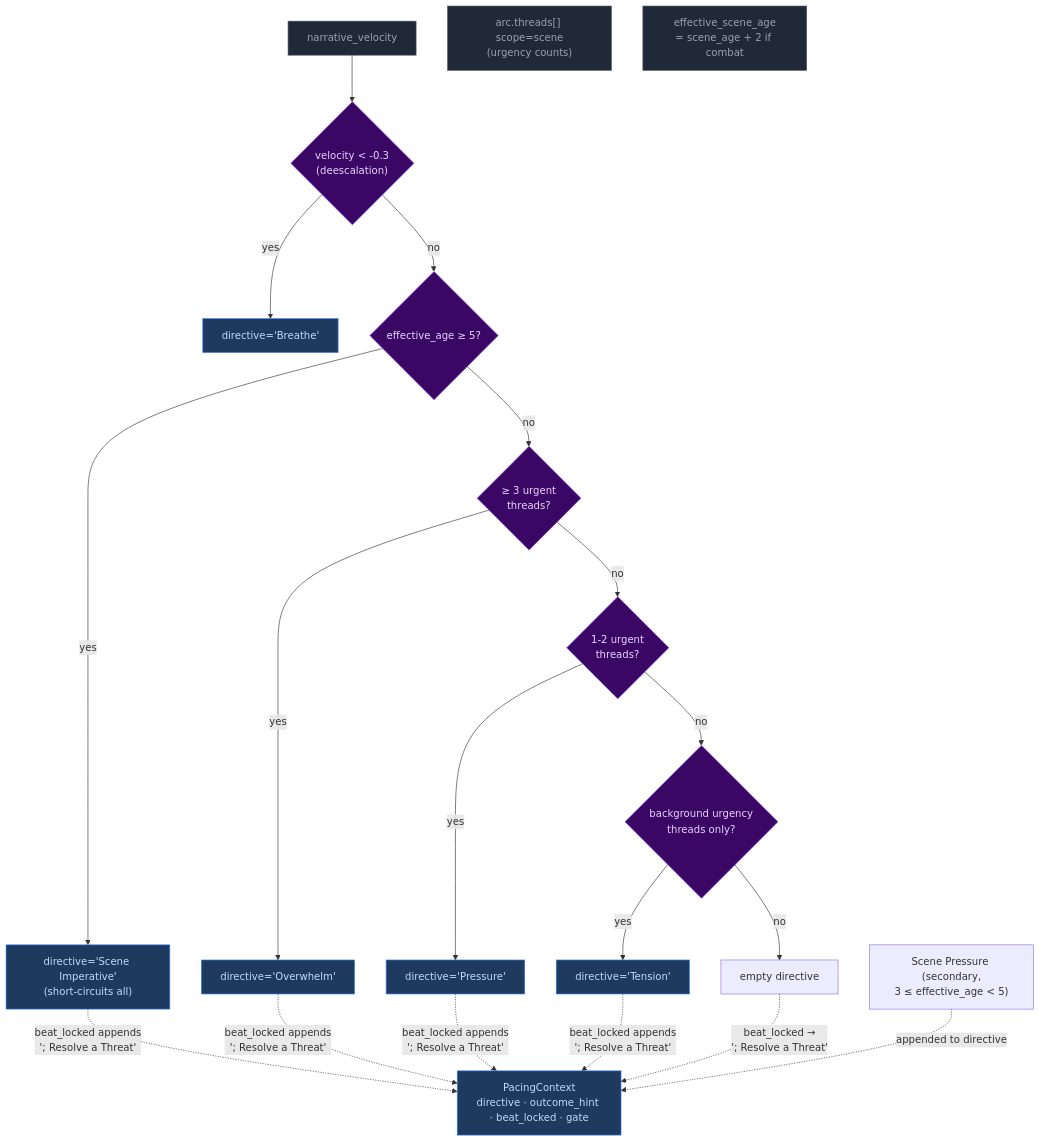
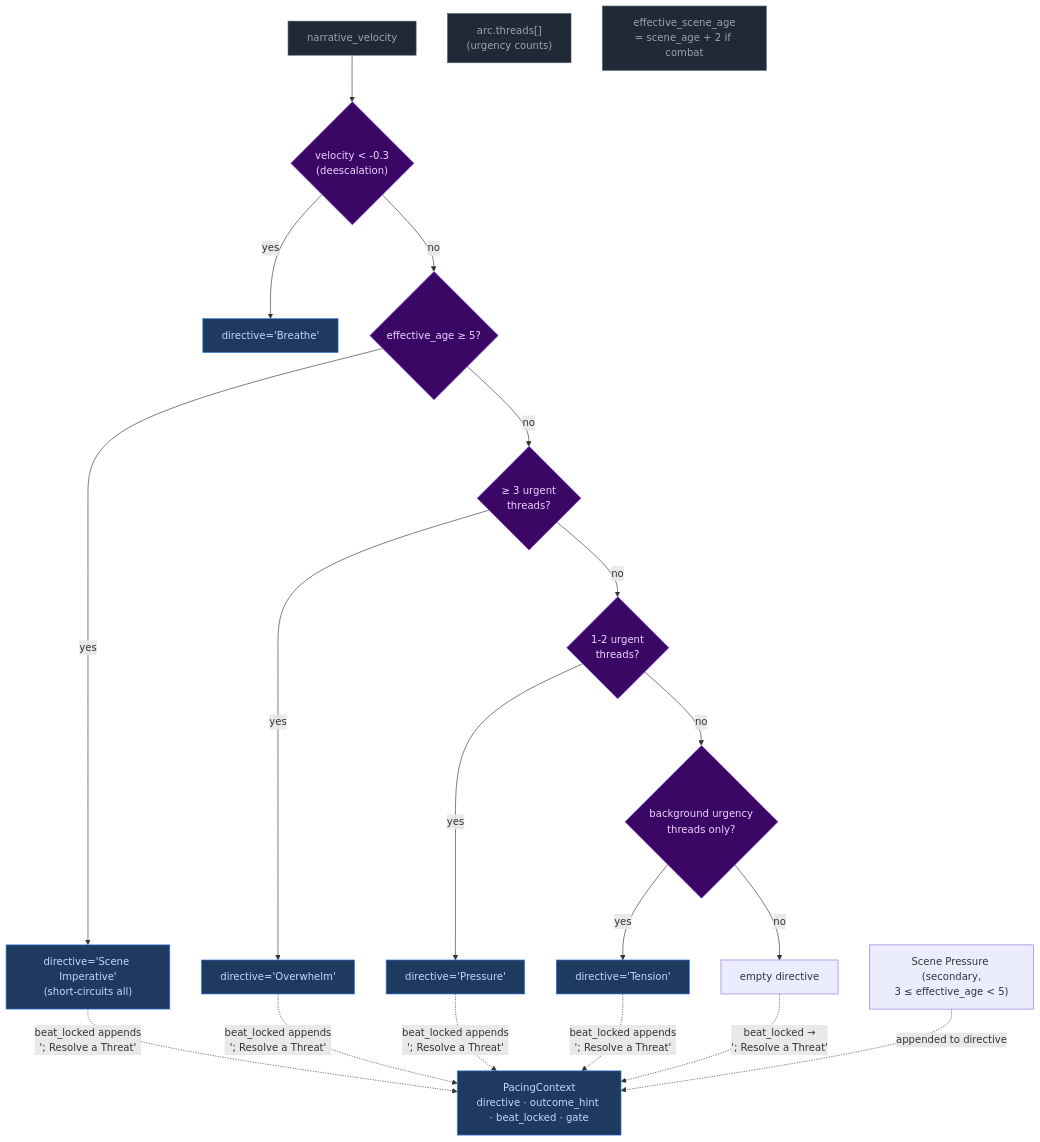
Before and after one commit to pww217/fablethread: the second of 3 diagrams in docs/architecture/step0-ruling.md, drawn with Mermaid. The commit also changed other lines of this file and 15 other files, not shown here.

First line of the commit message:
unify thread system: remove scene/arc scope distinction

````diff
--- a/docs/architecture/step0-ruling.md
+++ b/docs/architecture/step0-ruling.md
@@ -79,36 +79,36 @@
 ```mermaid
 flowchart TD
     classDef pyNode fill:#1f2937,color:#9ca3af,stroke:#4b5563
     classDef decision fill:#3b0764,color:#e9d5ff,stroke:#7c3aed
     classDef output fill:#1e3a5f,color:#bfdbfe,stroke:#3b82f6
 
     V["narrative_velocity"]:::pyNode
-    T["arc.threads[] scope=scene<br>(urgency counts)"]:::pyNode
+    T["arc.threads[]<br>(urgency counts)"]:::pyNode
     SA["effective_scene_age<br>= scene_age + 2 if combat"]:::pyNode
 
     V --> D1{"velocity < -0.3<br>(deescalation)"}:::decision
     D1 -- yes --> B1["directive='Breathe'"]:::output
     D1 -- no --> D2{"effective_age ≥ 5?"}:::decision
     D2 -- yes --> B2["directive='Scene Imperative'<br>(short-circuits all)"]:::output
     D2 -- no --> D3{"≥ 3 urgent<br>threads?"}:::decision
     D3 -- yes --> B3["directive='Overwhelm'"]:::output
     D3 -- no --> D4{"1-2 urgent<br>threads?"}:::decision
     D4 -- yes --> B4["directive='Pressure'"]:::output
     D4 -- no --> D5{"background urgency<br>threads only?"}:::decision
     D5 -- yes --> B5["directive='Tension'"]:::output
     D5 -- no --> D6["empty directive"]
 
     SEC2["Scene Pressure (secondary,<br>3 ≤ effective_age < 5)"]
 
     FINAL["PacingContext<br>directive · outcome_hint · beat_locked · gate"]:::output
 
     B2 -. "beat_locked appends<br>'; Resolve a Threat'" .-> FINAL
     B3 -. "beat_locked appends<br>'; Resolve a Threat'" .-> FINAL
     B4 -. "beat_locked appends<br>'; Resolve a Threat'" .-> FINAL
     B5 -. "beat_locked appends<br>'; Resolve a Threat'" .-> FINAL
     D6 -. "beat_locked →<br>'; Resolve a Threat'" .-> FINAL
 
     SEC2 -. "appended to directive" .-> FINAL
 
     style B2 fill:#1e3a5f,color:#bfdbfe,stroke:#3b82f6
 ```
````
